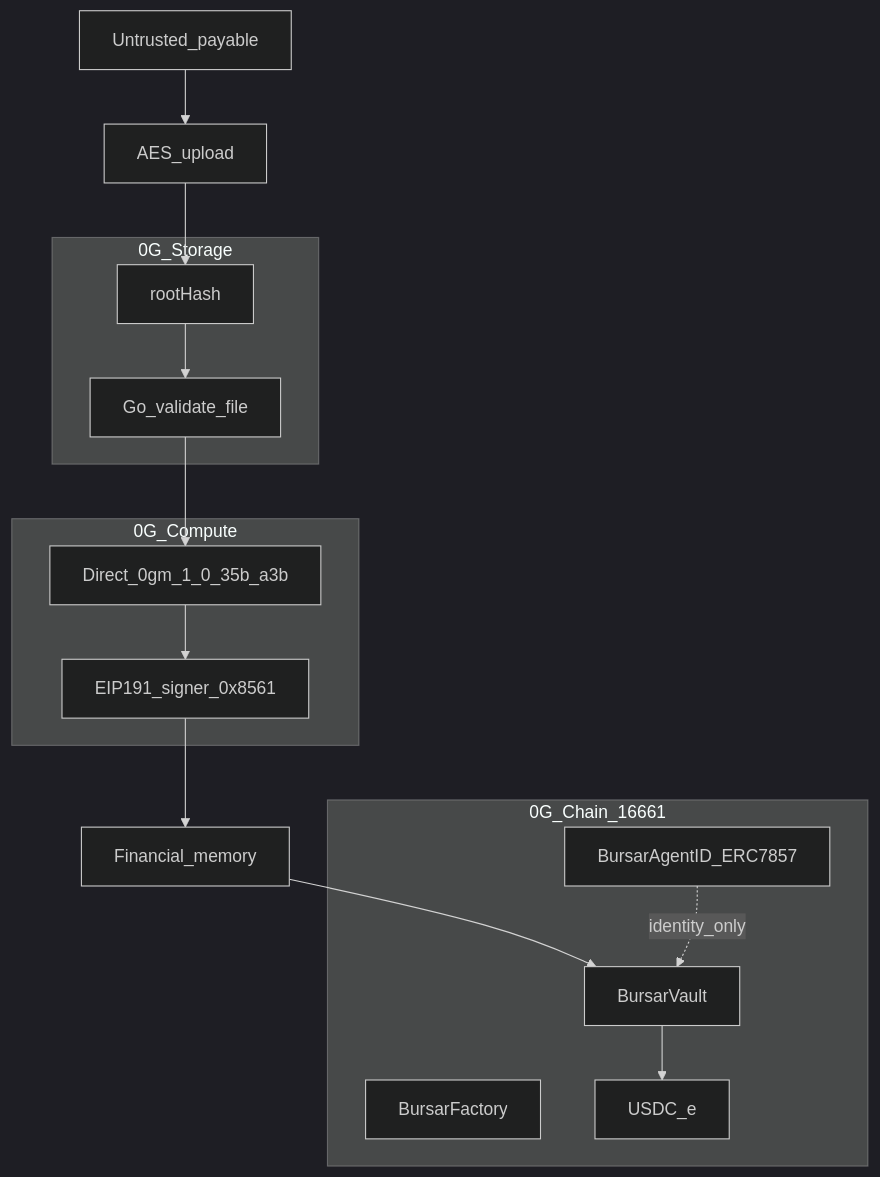
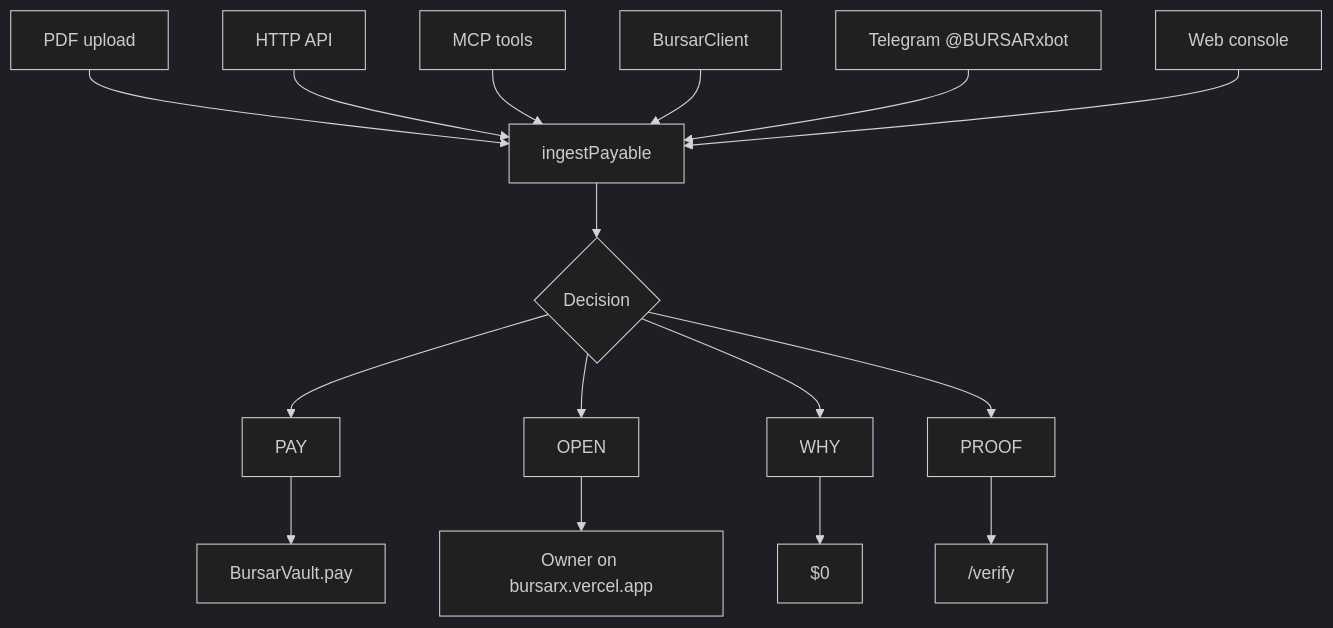
Before and after one commit to james32135/BURSAR: the sixth of 8 diagrams in README.md, drawn with Mermaid (dark theme). The commit also changed other lines of this file, not shown here.

First line of the commit message:
Rewrite README as the 0G-native payable clerk flagship.

````diff
--- a/README.md
+++ b/README.md
@@ -71,26 +378,20 @@
 ```mermaid
 flowchart TB
-  subgraph chain [0G_Chain_16661]
-    factory[BursarFactory]
-    vault[BursarVault]
-    usdc[USDC_e]
-    agentNft[BursarAgentID_ERC7857]
-  end
-  subgraph compute [0G_Compute]
-    teeml[Direct_0gm_1_0_35b_a3b]
-    signer[EIP191_signer_0x8561]
-  end
-  subgraph storage [0G_Storage]
-    root[rootHash]
-    goProof[Go_validate_file]
-  end
-  invoice[Untrusted_payable] --> storeEnc[AES_upload]
-  storeEnc --> root
-  root --> goProof
-  goProof --> teeml
-  teeml --> signer
-  signer --> mem[Financial_memory]
-  mem --> vault
-  vault --> usdc
-  agentNft -. identity_only .-> vault
+  PDF[PDF upload] --> E[ingestPayable]
+  API[HTTP API] --> E
+  MCP[MCP tools] --> E
+  SDK[BursarClient] --> E
+  TG[Telegram @BURSARxbot] --> E
+  WEB[Web console] --> E
+
+  E --> D{Decision}
+  D --> PAY[PAY]
+  D --> OPEN[OPEN]
+  D --> WHY[WHY]
+  D --> PROOF[PROOF]
+
+  PAY --> V[BursarVault.pay]
+  OPEN --> H[Owner on bursarx.vercel.app]
+  WHY --> Z[$0]
+  PROOF --> U["/verify"]
 ```
````
